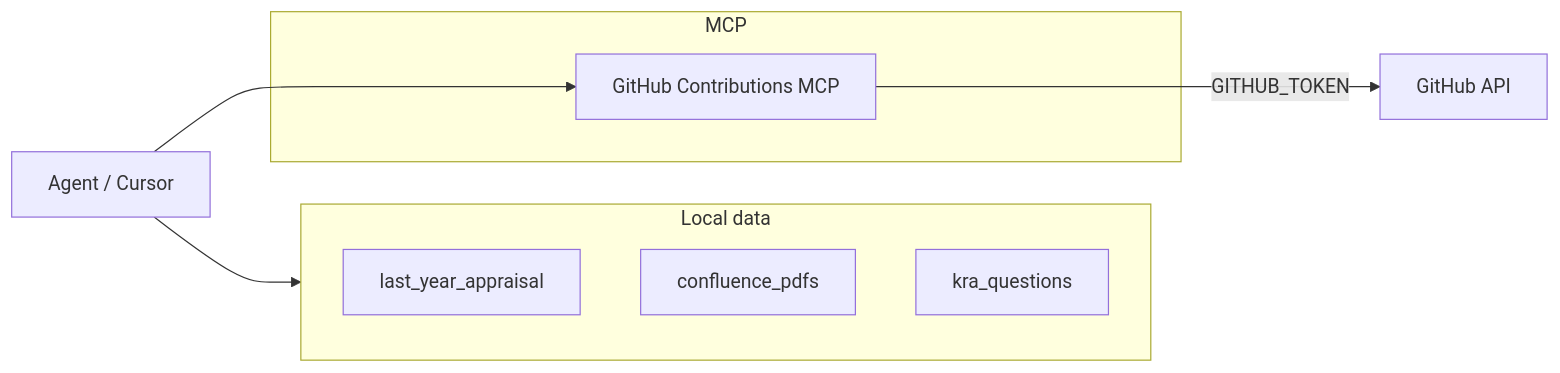
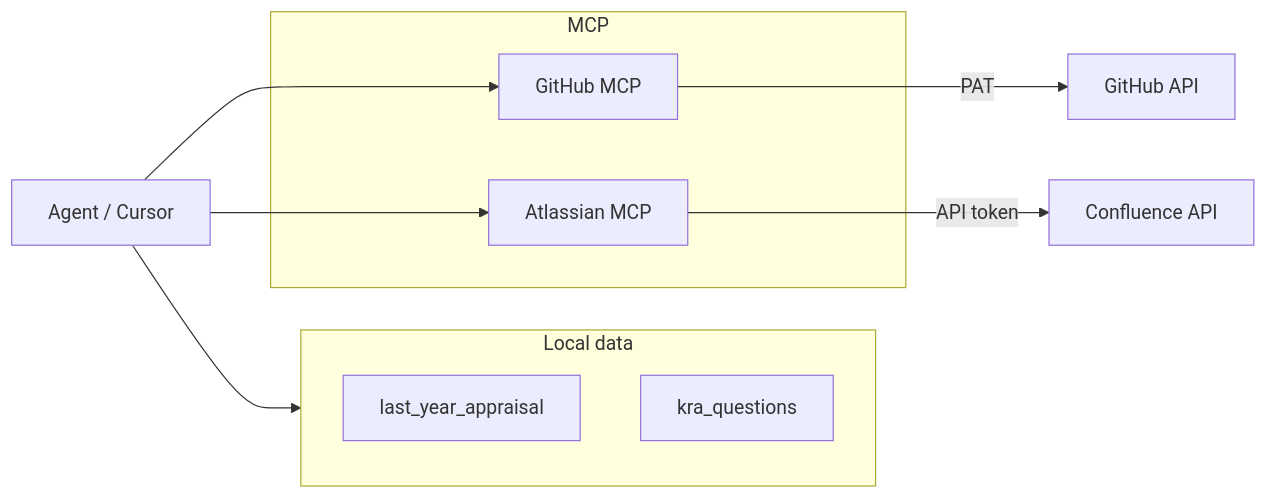
Before and after one commit to akhandagrwl-29/appraisal-agent: the diagram in README.md, drawn with Mermaid. The commit also changed other lines of this file, not shown here.

First line of the commit message:
Integrate Atlassian MCP and update usage instructions

````diff
--- a/README.md
+++ b/README.md
@@ -11,15 +12,17 @@
 ```mermaid
 flowchart LR
   subgraph data [Local data]
     LastYear[last_year_appraisal]
-    Confluence[confluence_pdfs]
     KRAs[kra_questions]
   end
   subgraph mcp [MCP]
-    GitHubMCP[GitHub Contributions MCP]
+    GitHubMCP[GitHub MCP]
+    AtlassianMCP[Atlassian MCP]
   end
   Agent[Agent / Cursor]
   Agent --> data
   Agent --> GitHubMCP
-  GitHubMCP -->|"GITHUB_TOKEN"| API[GitHub API]
+  Agent --> AtlassianMCP
+  GitHubMCP -->|PAT| API[GitHub API]
+  AtlassianMCP -->|API token| Confluence[Confluence API]
 ```
````
